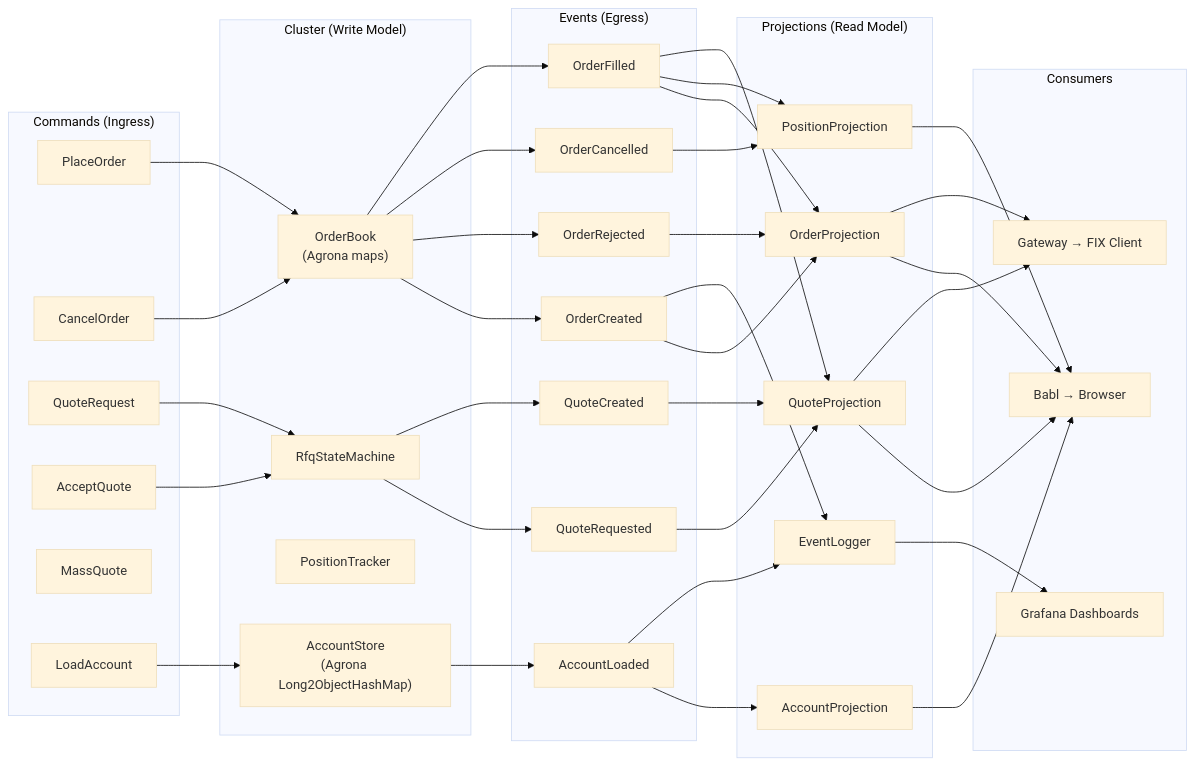
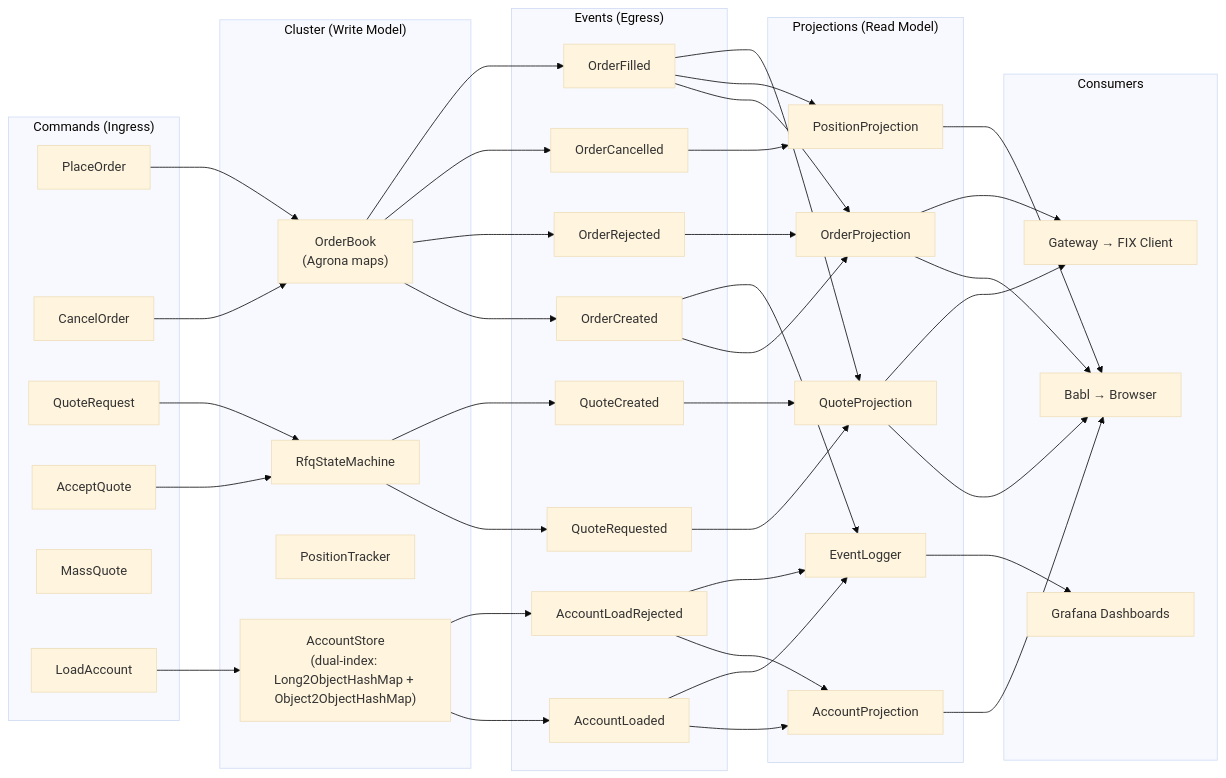
Before and after one commit to jsohi/app-trading-engine: the diagram in docs/event-map.md, drawn with Mermaid (base theme). The commit also changed other lines of this file and 2 other files, not shown here.

First line of the commit message:
APP-57: Add gap analysis fixes — dual-index AccountStore, fail-fast startup, uniqueness enforcement

````diff
--- a/docs/event-map.md
+++ b/docs/event-map.md
@@ -116,76 +116,80 @@
 ```mermaid
 graph LR
     subgraph Ingress["Commands (Ingress)"]
         PlaceOrder
         CancelOrder
         QuoteRequest
         AcceptQuote
         MassQuote
         LoadAccount
     end
 
     subgraph Cluster["Cluster (Write Model)"]
         OH["OrderBook<br/>(Agrona maps)"]
         RFQ["RfqStateMachine"]
         PT["PositionTracker"]
-        AS["AccountStore<br/>(Agrona Long2ObjectHashMap)"]
+        AS["AccountStore<br/>(dual-index: Long2ObjectHashMap + Object2ObjectHashMap)"]
     end
 
     subgraph Events["Events (Egress)"]
         OA["OrderCreated"]
         OR["OrderRejected"]
         OF["OrderFilled"]
         OC["OrderCancelled"]
         QReq["QuoteRequested"]
         QC["QuoteCreated"]
         AL["AccountLoaded"]
+        ALR["AccountLoadRejected"]
     end
 
     subgraph ReadModel["Projections (Read Model)"]
         OP["OrderProjection"]
         PP["PositionProjection"]
         QP["QuoteProjection"]
         AP["AccountProjection"]
         EL["EventLogger"]
     end
 
     subgraph Consumers["Consumers"]
         Babl["Babl → Browser"]
         FIX["Gateway → FIX Client"]
         Grafana["Grafana Dashboards"]
     end
 
     PlaceOrder --> OH
     CancelOrder --> OH
     QuoteRequest --> RFQ
     AcceptQuote --> RFQ
     LoadAccount --> AS
 
     OH --> OA
     OH --> OR
     OH --> OC
     OH --> OF
     RFQ --> QReq
     RFQ --> QC
     AS --> AL
+    AS --> ALR
 
     OA --> OP
     OA --> EL
     OR --> OP
     OF --> OP
     OF --> PP
     OF --> QP
     OC --> PP
     QReq --> QP
     QC --> QP
     AL --> AP
     AL --> EL
+    ALR --> AP
+    ALR --> EL
 
     OP --> Babl
     PP --> Babl
     QP --> Babl
     AP --> Babl
     OP --> FIX
     QP --> FIX
     EL --> Grafana
 ```
````
